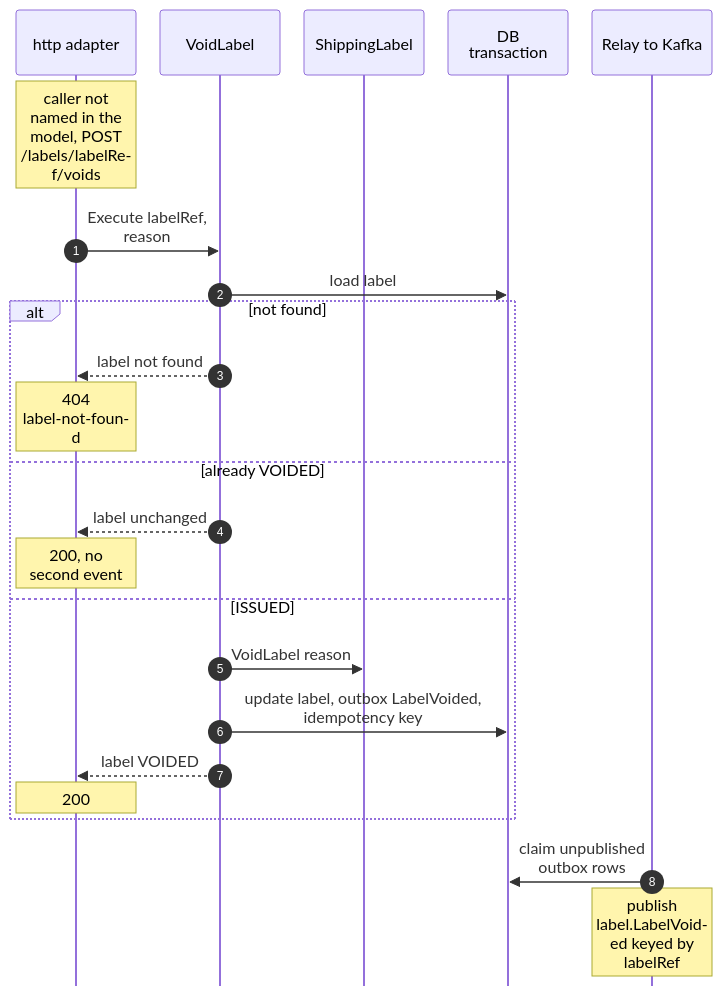
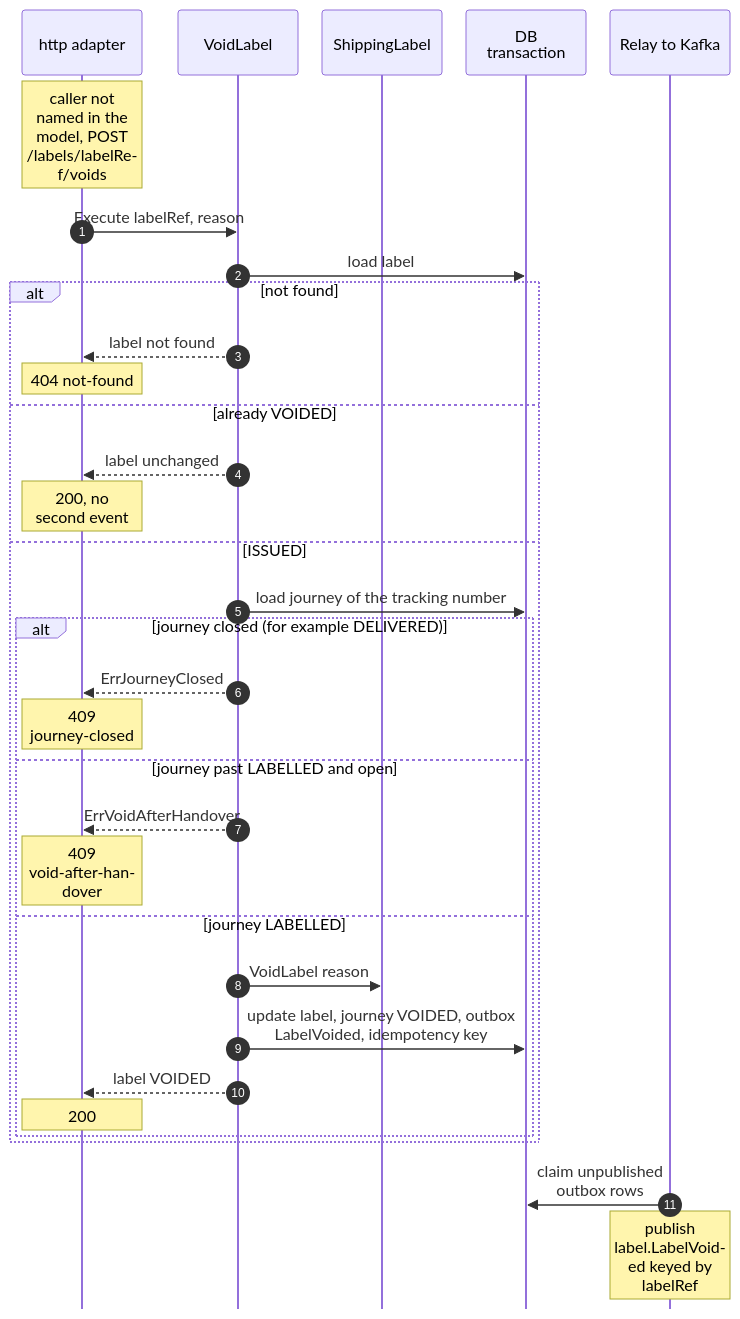
Before and after one commit to IQVO/warehouse-docs: the second of 6 diagrams in network/docs/contexts/shipping-and-tracking/sequence-diagrams.md, drawn with Mermaid. The commit also changed other lines of this file and 9 other files, not shown here.

Commit message:
network(shipping-and-tracking): align model and pack with ADR 0002/0004 (commit-time CloudEvents time, SHIPMENT_CONFIRMED scan, void rules, return/lost triggers, integration consumers of LabelVoided/PackageReturned/PackageLost)

````diff
--- a/network/docs/contexts/shipping-and-tracking/sequence-diagrams.md
+++ b/network/docs/contexts/shipping-and-tracking/sequence-diagrams.md
@@ -81,27 +81,36 @@
 ```mermaid
 %%{init: {"sequence": {"wrap": true, "width": 120, "actorMargin": 24, "messageMargin": 28, "boxMargin": 6, "noteMargin": 6, "mirrorActors": false}}}%%
 sequenceDiagram
     autonumber
     participant H as http adapter
     participant UC as VoidLabel
     participant A as ShippingLabel
     participant DB as DB transaction
     participant RL as Relay to Kafka
     Note over H: caller not named in the model, POST /labels/labelRef/voids
     H->>UC: Execute labelRef, reason
     UC->>DB: load label
     alt not found
         UC-->>H: label not found
-        Note over H: 404 label-not-found
+        Note over H: 404 not-found
     else already VOIDED
         UC-->>H: label unchanged
         Note over H: 200, no second event
     else ISSUED
-        UC->>A: VoidLabel reason
-        UC->>DB: update label, outbox LabelVoided, idempotency key
-        UC-->>H: label VOIDED
-        Note over H: 200
+        UC->>DB: load journey of the tracking number
+        alt journey closed (for example DELIVERED)
+            UC-->>H: ErrJourneyClosed
+            Note over H: 409 journey-closed
+        else journey past LABELLED and open
+            UC-->>H: ErrVoidAfterHandover
+            Note over H: 409 void-after-handover
+        else journey LABELLED
+            UC->>A: VoidLabel reason
+            UC->>DB: update label, journey VOIDED, outbox LabelVoided, idempotency key
+            UC-->>H: label VOIDED
+            Note over H: 200
+        end
     end
     RL->>DB: claim unpublished outbox rows
     Note over RL: publish label.LabelVoided keyed by labelRef
 ```
````
